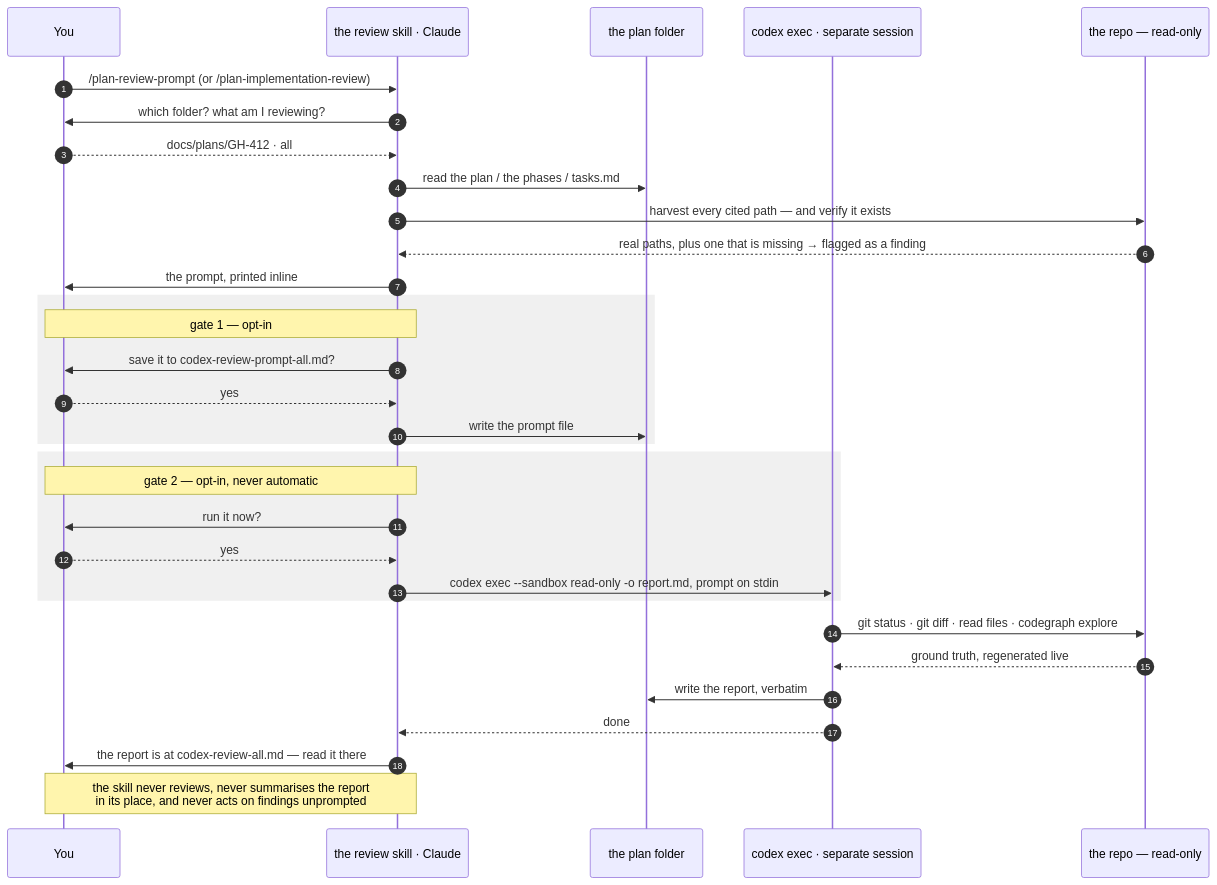
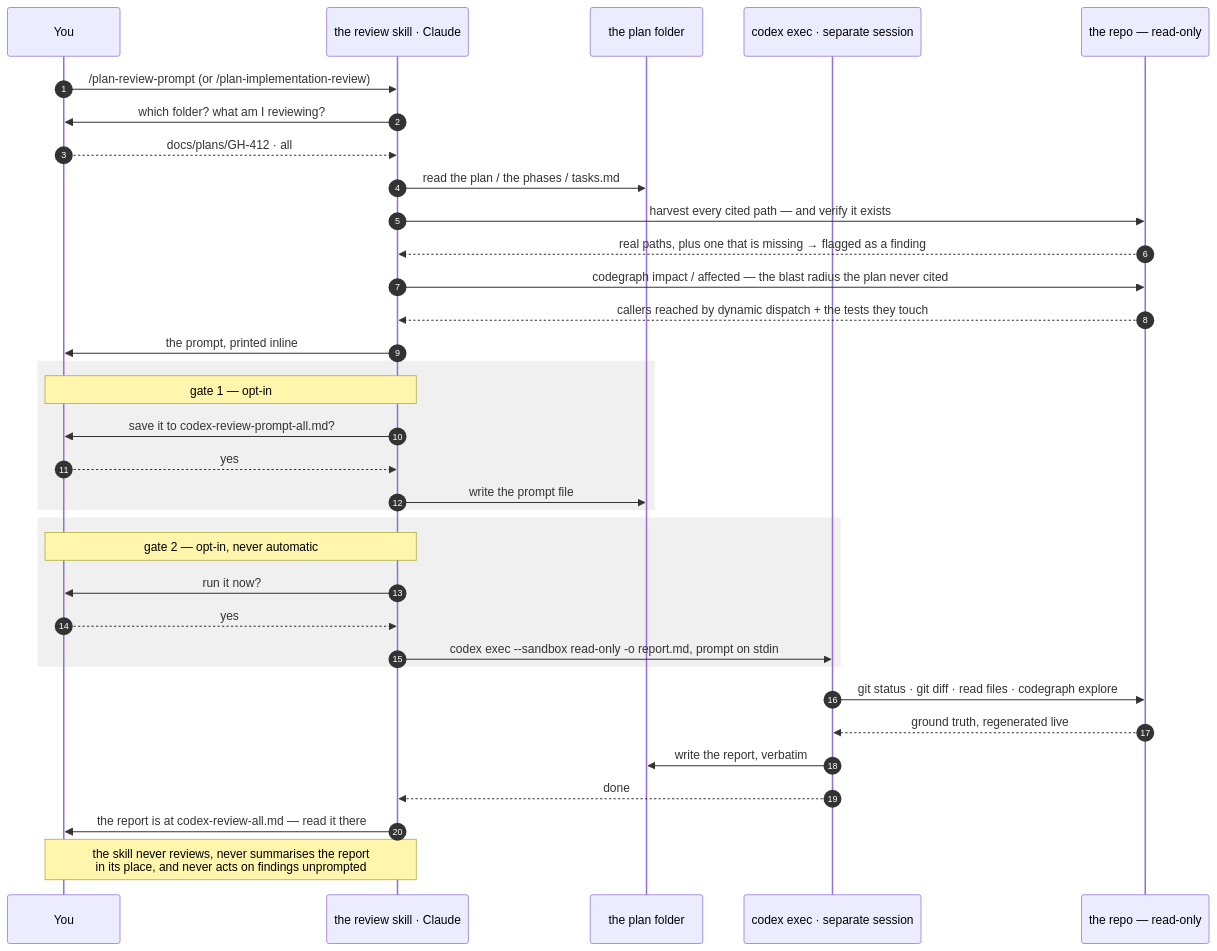
The sixth of 9 diagrams in docs/master-plan-pack/TUTORIAL.md (necofx/necofx-claude-marketplace), drawn with Mermaid before and after one commit. The commit also changed other lines of this file, not shown here.

````diff
--- a/docs/master-plan-pack/TUTORIAL.md
+++ b/docs/master-plan-pack/TUTORIAL.md
@@ -599,39 +602,41 @@
 ```mermaid
 sequenceDiagram
     autonumber
     participant U as You
     participant S as the review skill · Claude
     participant F as the plan folder
     participant X as codex exec · separate session
     participant R as the repo — read-only
 
     U->>S: /plan-review-prompt  (or /plan-implementation-review)
     S->>U: which folder? what am I reviewing?
     U-->>S: docs/plans/GH-412 · all
     S->>F: read the plan / the phases / tasks.md
     S->>R: harvest every cited path — and verify it exists
     R-->>S: real paths, plus one that is missing → flagged as a finding
+    S->>R: codegraph impact / affected — the blast radius the plan never cited
+    R-->>S: callers reached by dynamic dispatch + the tests they touch
     S->>U: the prompt, printed inline
 
     rect rgb(240, 240, 240)
         Note over S,U: gate 1 — opt-in
         S->>U: save it to codex-review-prompt-all.md?
         U-->>S: yes
         S->>F: write the prompt file
     end
 
     rect rgb(240, 240, 240)
         Note over S,U: gate 2 — opt-in, never automatic
         S->>U: run it now?
         U-->>S: yes
         S->>X: codex exec --sandbox read-only -o report.md, prompt on stdin
     end
 
     X->>R: git status · git diff · read files · codegraph explore
     R-->>X: ground truth, regenerated live
     X->>F: write the report, verbatim
     X-->>S: done
     S->>U: the report is at codex-review-all.md — read it there
 
     Note over S,U: the skill never reviews, never summarises the report<br/>in its place, and never acts on findings unprompted
 ```
````
